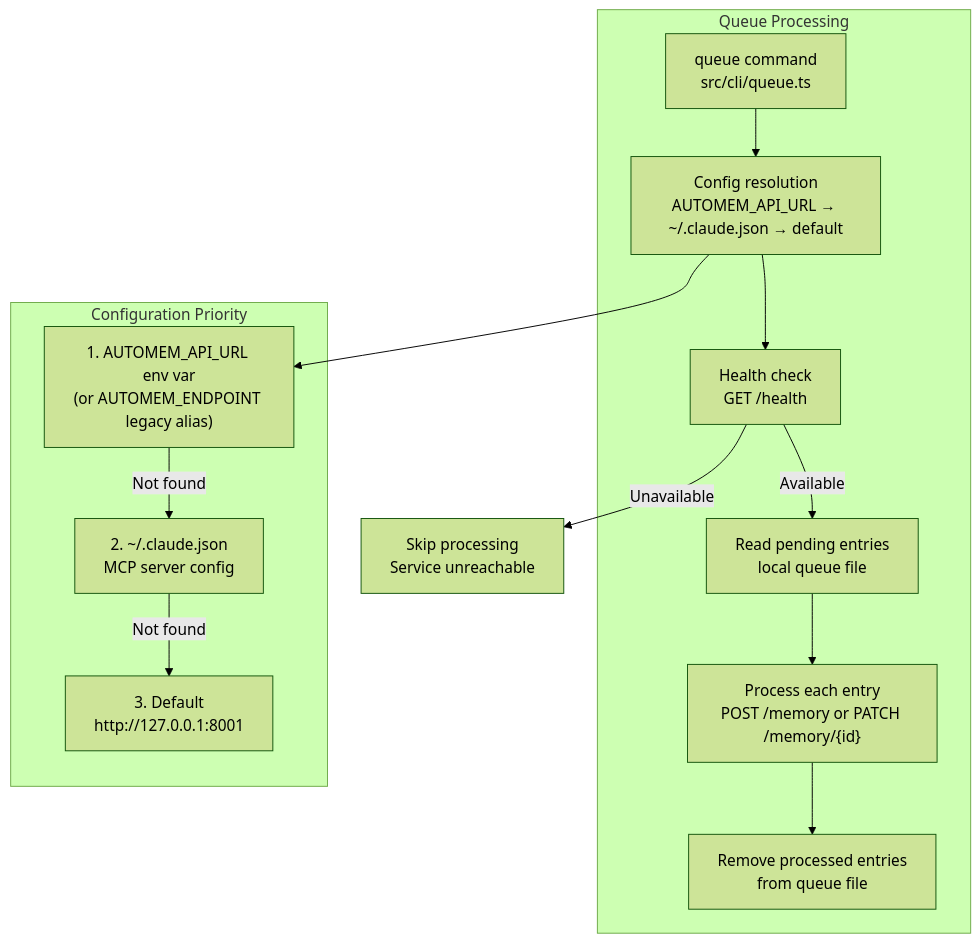
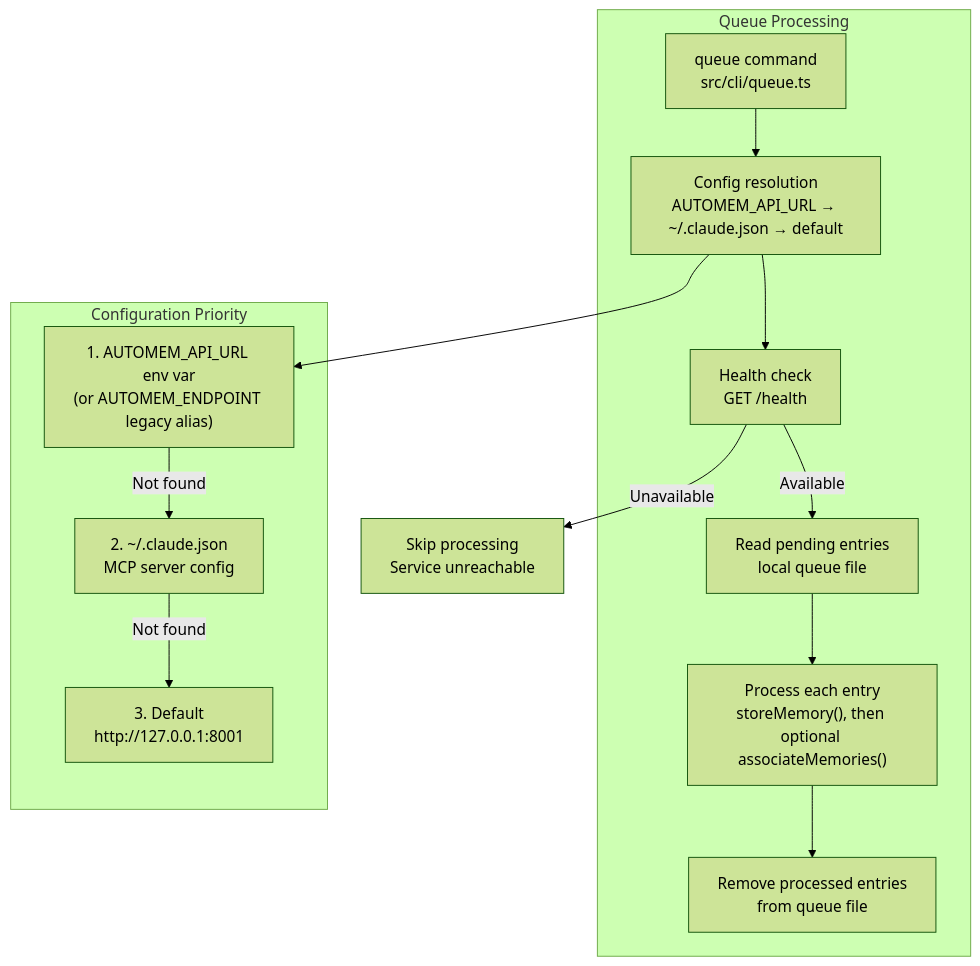
Before and after one commit to verygoodplugins/automem-website: the fourth of 4 diagrams in src/content/docs/docs/cli/queue.md, drawn with Mermaid (forest theme). The commit also changed other lines of this file and 1 other file, not shown here.

````diff
--- a/src/content/docs/docs/cli/queue.md
+++ b/src/content/docs/docs/cli/queue.md
@@ -322,28 +329,28 @@
 ```mermaid
 graph TB
     subgraph "Queue Processing"
         QueueCmd["queue command<br/>src/cli/queue.ts"]
         ConfigResolve["Config resolution<br/>AUTOMEM_API_URL → ~/.claude.json → default"]
         HealthCheck["Health check<br/>GET /health"]
         QueueEntries["Read pending entries<br/>local queue file"]
-        ProcessEntry["Process each entry<br/>POST /memory or PATCH /memory/{id}"]
+        ProcessEntry["Process each entry<br/>storeMemory(), then optional associateMemories()"]
         Cleanup["Remove processed entries<br/>from queue file"]
     end
 
     subgraph "Configuration Priority"
         EnvVars["1. AUTOMEM_API_URL env var<br/>(or AUTOMEM_ENDPOINT legacy alias)"]
         EnvFile["2. ~/.claude.json<br/>MCP server config"]
         Default["3. Default<br/>http://127.0.0.1:8001"]
     end
 
     QueueCmd --> ConfigResolve
     ConfigResolve --> EnvVars
     EnvVars -->|Not found| EnvFile
     EnvFile -->|Not found| Default
 
     ConfigResolve --> HealthCheck
     HealthCheck -->|Available| QueueEntries
     HealthCheck -->|Unavailable| Skip["Skip processing<br/>Service unreachable"]
     QueueEntries --> ProcessEntry
     ProcessEntry --> Cleanup
 ```
````
